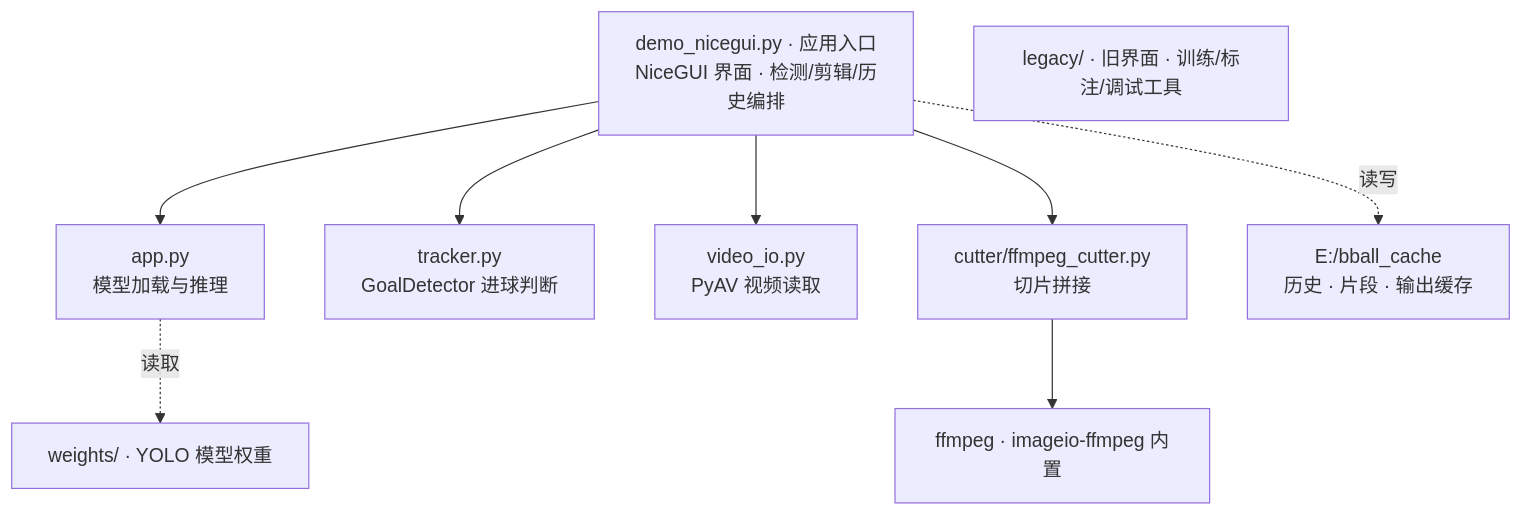
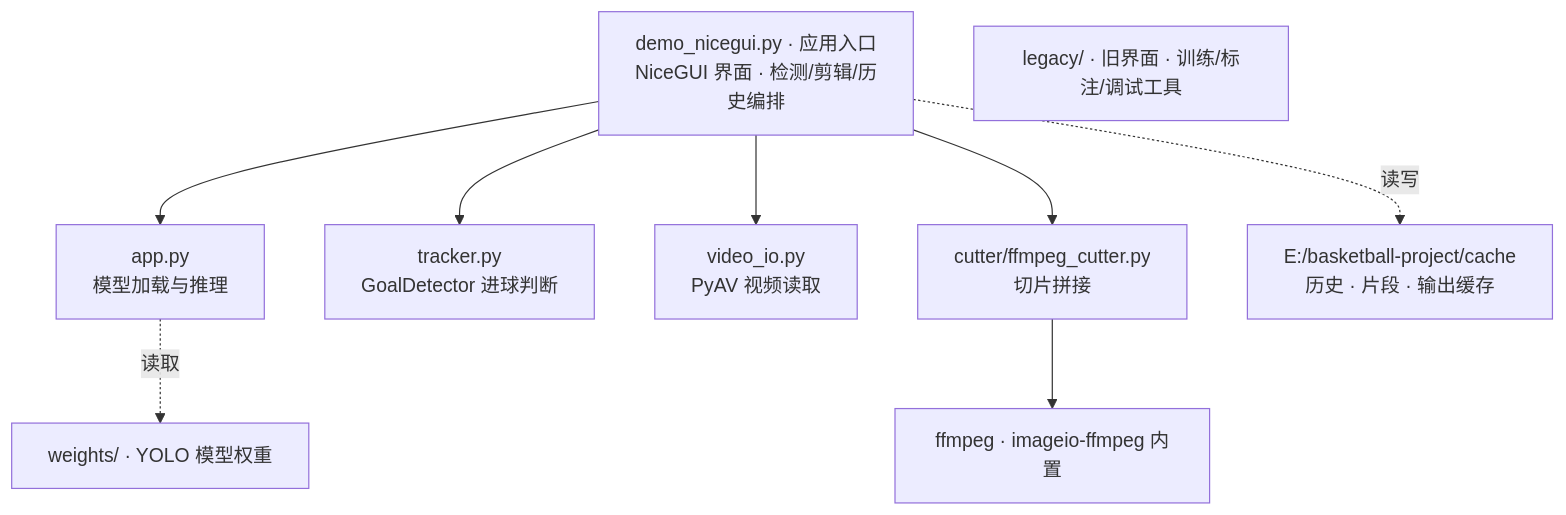
One commit to DTQEight/basketball-clipper changed the diagram in README.md. Above: the diagram before and after it, drawn with Mermaid. The commit also changed other lines of this file and 9 other files, not shown here.

````diff
--- a/README.md
+++ b/README.md
@@ -76,20 +76,20 @@
 ```mermaid
 flowchart TD
     UI["demo_nicegui.py · 应用入口<br/>NiceGUI 界面 · 检测/剪辑/历史编排"]
     App["app.py<br/>模型加载与推理"]
     TR["tracker.py<br/>GoalDetector 进球判断"]
     VI["video_io.py<br/>PyAV 视频读取"]
     CU["cutter/ffmpeg_cutter.py<br/>切片拼接"]
     W["weights/ · YOLO 模型权重"]
-    CACHE["E:/bball_cache<br/>历史 · 片段 · 输出缓存"]
+    CACHE["E:/basketball-project/cache<br/>历史 · 片段 · 输出缓存"]
     FF["ffmpeg · imageio-ffmpeg 内置"]
     LG["legacy/ · 旧界面 · 训练/标注/调试工具"]
 
     UI --> App
     UI --> TR
     UI --> VI
     UI --> CU
     App -. 读取 .-> W
     UI -. 读写 .-> CACHE
     CU --> FF
 ```
````
